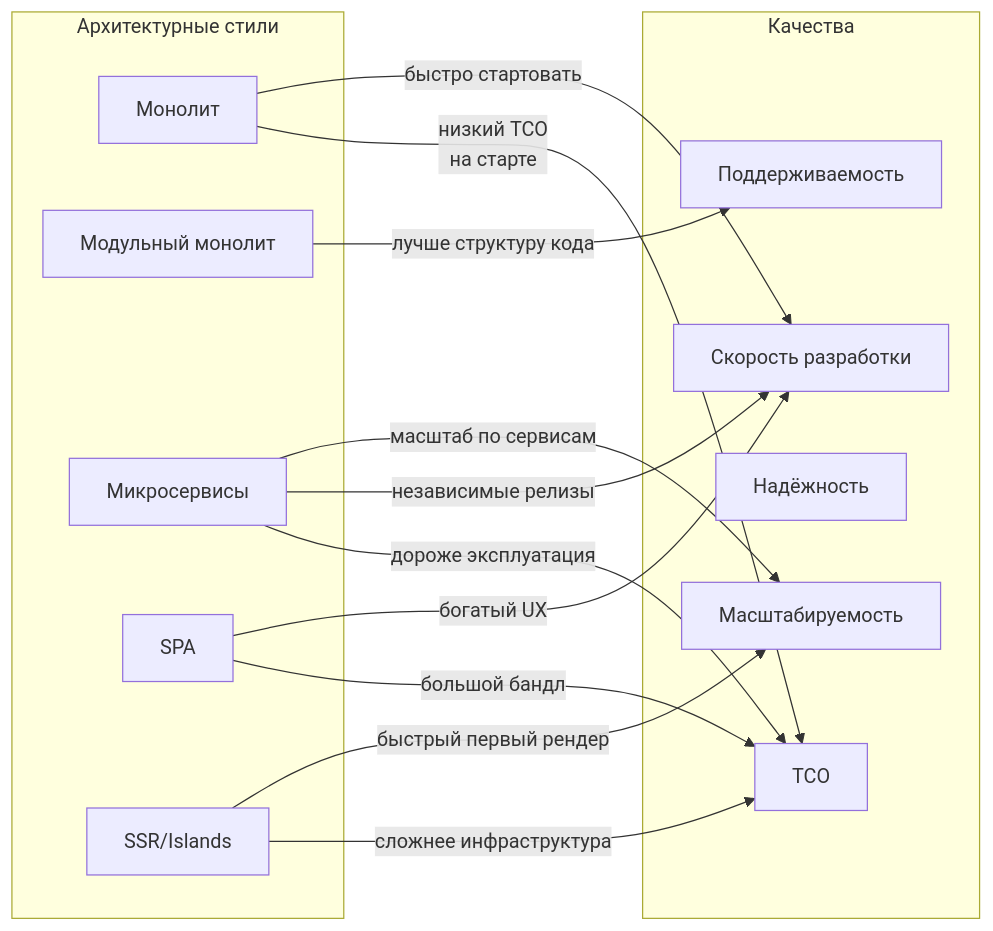
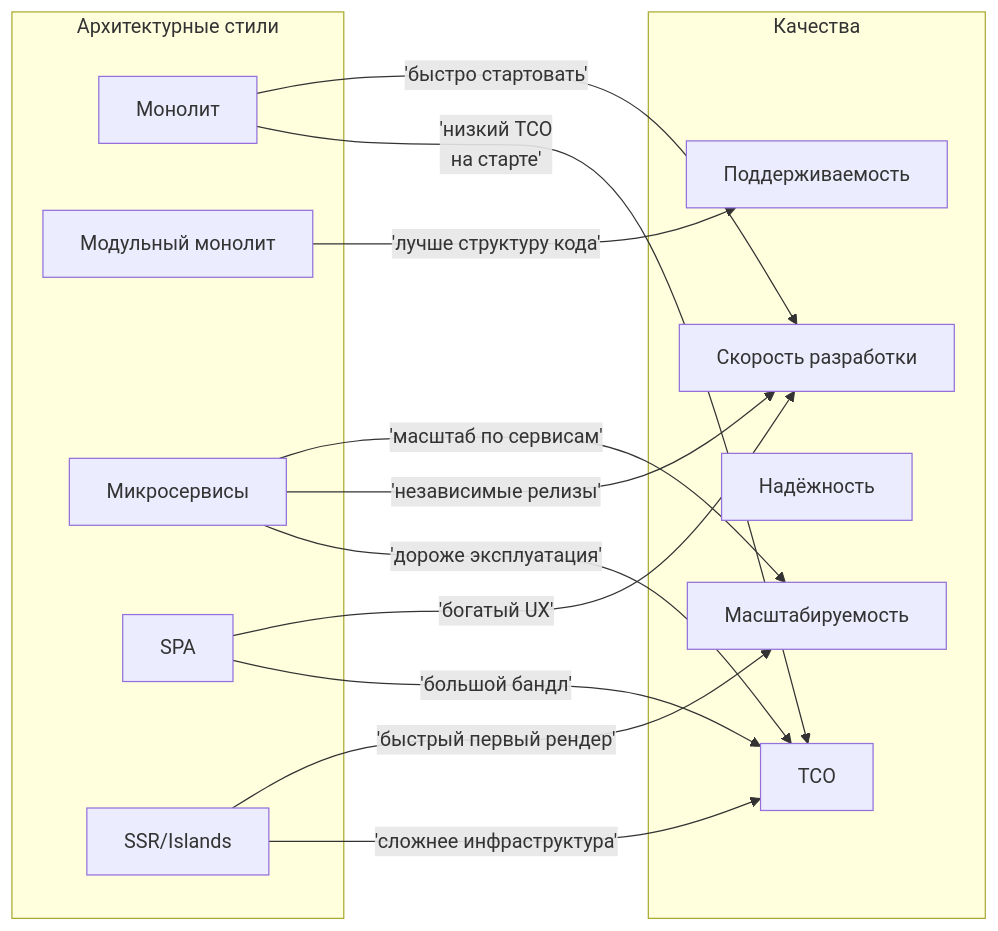
One commit to DDoSKudya/ai-study-atlas changed the diagram in directions/architecture/pact/02_tseli_i_ogranicheniya_arkhitektury/02_2_2_klyuchevye_tseli_i_kachestva_arhitektury.md. Above: the diagram before and after it, drawn with Mermaid. The commit also changed 81 other files, not shown here.

Commit message:
fix(docs): make mermaid diagrams GitHub-compatible across directions content

````diff
--- a/directions/architecture/pact/02_tseli_i_ogranicheniya_arkhitektury/02_2_2_klyuchevye_tseli_i_kachestva_arhitektury.md
+++ b/directions/architecture/pact/02_tseli_i_ogranicheniya_arkhitektury/02_2_2_klyuchevye_tseli_i_kachestva_arhitektury.md
@@ -162,30 +162,30 @@
 ```mermaid
 graph LR
     subgraph Styles["Архитектурные стили"]
         M1["Монолит"]
         M2["Модульный монолит"]
         M3["Микросервисы"]
         FSPA["SPA"]
         FSSR["SSR/Islands"]
     end
 
     subgraph Qualities["Качества"]
         S1["Масштабируемость"]
         S2["Поддерживаемость"]
         S3["Надёжность"]
         S4["Скорость разработки"]
         S5["TCO"]
     end
 
-    M1 -->|"быстро стартовать"| S4
-    M1 -->|"низкий TCO\nна старте"| S5
-    M2 -->|"лучше структуру кода"| S2
-    M3 -->|"масштаб по сервисам"| S1
-    M3 -->|"независимые релизы"| S4
-    M3 -->|"дороже эксплуатация"| S5
+    M1 -->|'быстро стартовать'| S4
+    M1 -->|'низкий TCO\nна старте'| S5
+    M2 -->|'лучше структуру кода'| S2
+    M3 -->|'масштаб по сервисам'| S1
+    M3 -->|'независимые релизы'| S4
+    M3 -->|'дороже эксплуатация'| S5
 
-    FSPA -->|"богатый UX"| S4
-    FSPA -->|"большой бандл"| S5
-    FSSR -->|"быстрый первый рендер"| S1
-    FSSR -->|"сложнее инфраструктура"| S5
+    FSPA -->|'богатый UX'| S4
+    FSPA -->|'большой бандл'| S5
+    FSSR -->|'быстрый первый рендер'| S1
+    FSSR -->|'сложнее инфраструктура'| S5
 ```
````
